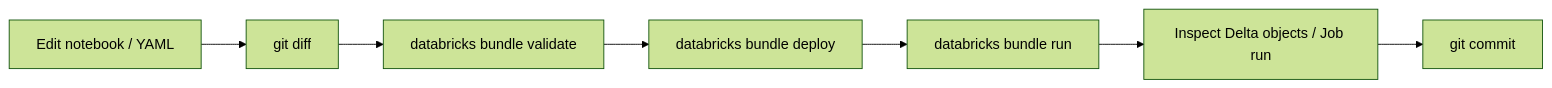
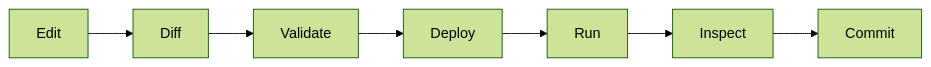
Diagram 20 of 21 in README.md (brunolnetto/mro-job-as-code), drawn with Mermaid (forest theme) before and after one commit. The commit also changed other lines of this file, not shown here.

Commit message:
docs: simplify Mermaid diagrams and collapse README sections

````diff
--- a/README.md
+++ b/README.md
@@ -1747,12 +1703,9 @@
 ```mermaid
-flowchart LR
-    E["Edit notebook / YAML"]
-    D["git diff"]
-    V["databricks bundle validate"]
-    DEP["databricks bundle deploy"]
-    R["databricks bundle run"]
-    I["Inspect Delta objects / Job run"]
-    C["git commit"]
-
-    E --> D --> V --> DEP --> R --> I --> C
+graph LR
+    E[Edit] --> D[Diff]
+    D --> V[Validate]
+    V --> DEP[Deploy]
+    DEP --> R[Run]
+    R --> I[Inspect]
+    I --> C[Commit]
 ```
````
